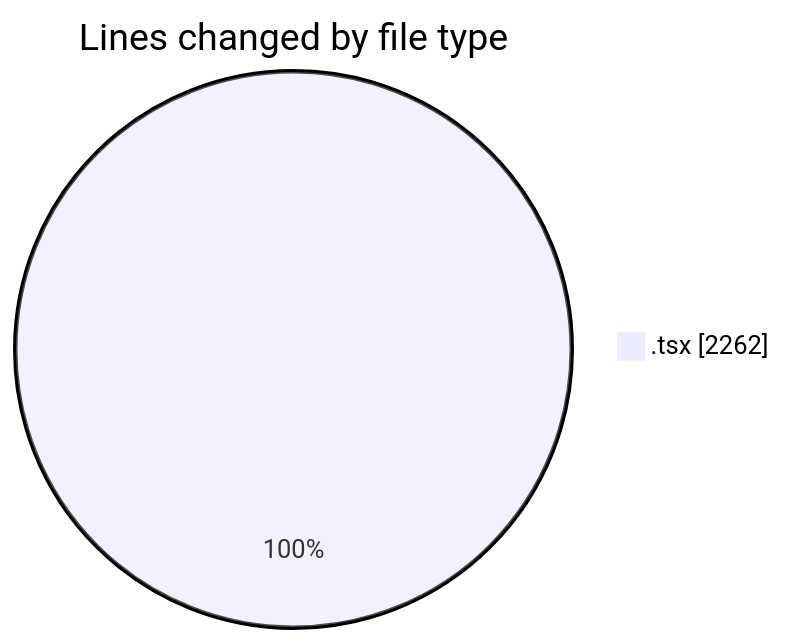
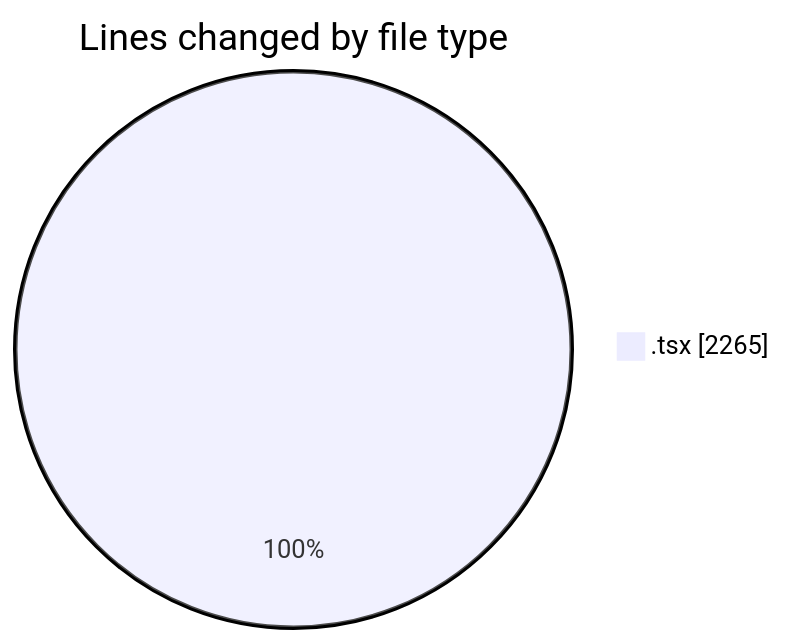
One commit to nxtqubesakshisongat/code-tracking changed the first of 2 diagrams in 2026-02-10/nxtqube_webapp/README.md. Above: the diagram before and after it, drawn with Mermaid. The commit also changed other lines of this file and 1 other file, not shown here.

````diff
--- a/2026-02-10/nxtqube_webapp/README.md
+++ b/2026-02-10/nxtqube_webapp/README.md
@@ -23,5 +23,5 @@
 ```mermaid
 pie showData
 title Lines changed by file type
-".tsx" : 2262
+".tsx" : 2265
 ```
````
